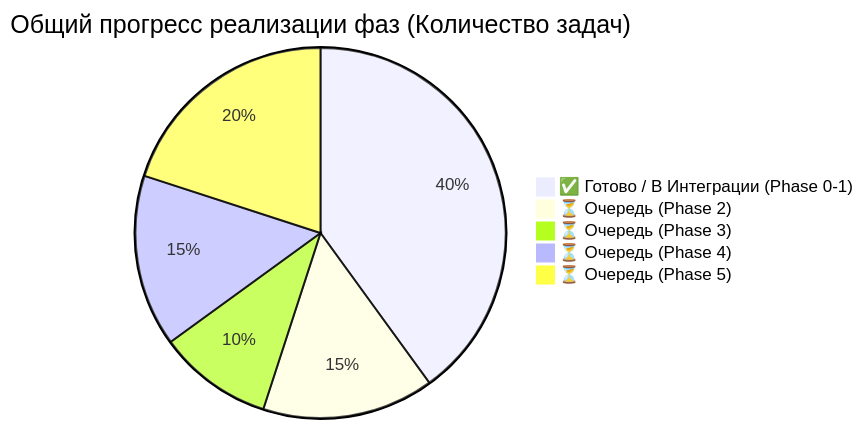
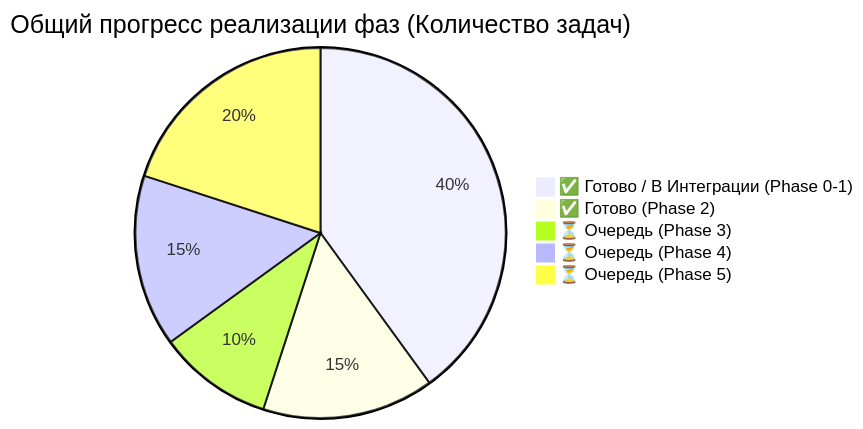
One commit to huivrotiki/shadow-stack-widget-1 changed the first of 3 diagrams in PHASES.md. Above: the diagram before and after it, drawn with Mermaid. The commit also changed other lines of this file and 2 other files, not shown here.

Commit message:
feat(orchestrator): implement Phase 2 CI/CD and GitOps flow

````diff
--- a/PHASES.md
+++ b/PHASES.md
@@ -12,8 +12,8 @@
 ```mermaid
 pie title Общий прогресс реализации фаз (Количество задач)
     "✅ Готово / В Интеграции (Phase 0-1)" : 8
-    "⏳ Очередь (Phase 2)" : 3
+    "✅ Готово (Phase 2)" : 3
     "⏳ Очередь (Phase 3)" : 2
     "⏳ Очередь (Phase 4)" : 3
     "⏳ Очередь (Phase 5)" : 4
 ```
````
